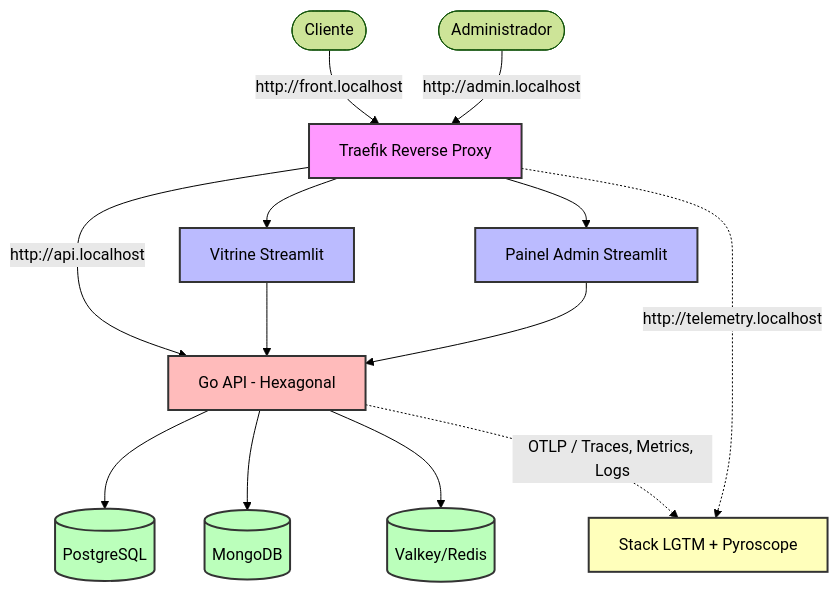
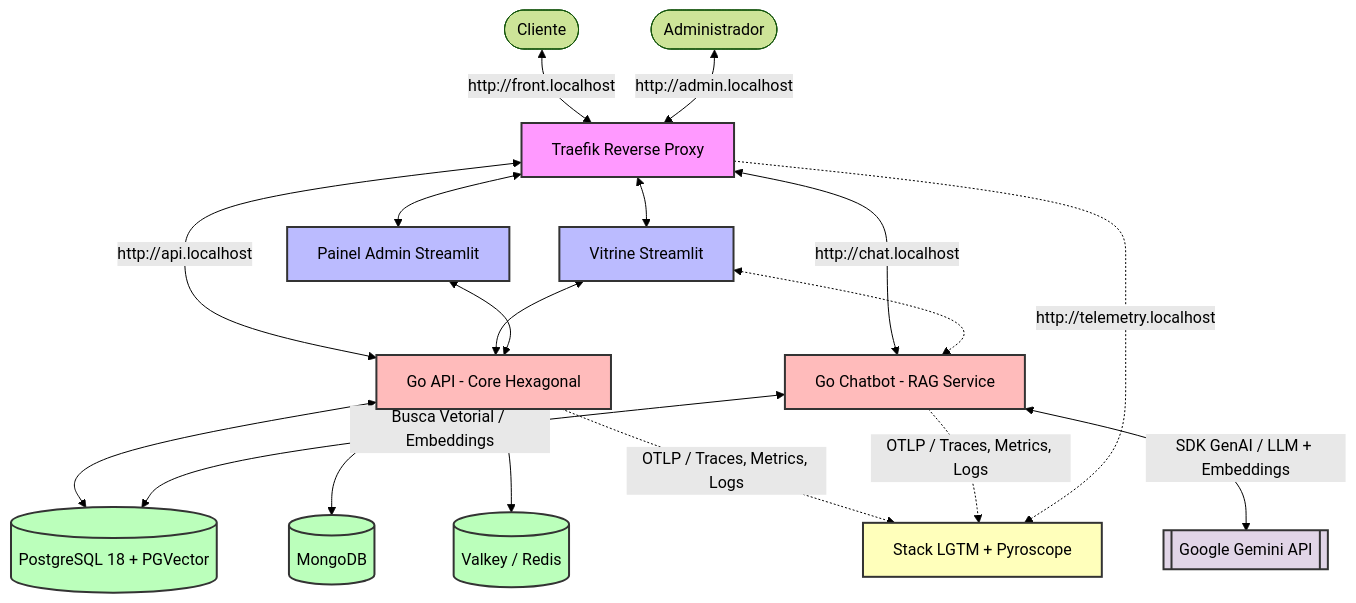
One commit to alvarolucio2007/BazaarGo changed the diagram in README.md. Above: the diagram before and after it, drawn with Mermaid (forest theme). The commit also changed other lines of this file, not shown here.

````diff
--- a/README.md
+++ b/README.md
@@ -91,41 +100,50 @@
 ```mermaid
 flowchart TD
     %% Atores
     User([Cliente])
     Admin([Administrador])
 
     %% Proxy e Roteamento
-    User -->|http://front.localhost| Traefik[Traefik Reverse Proxy]
-    Admin -->|http://admin.localhost| Traefik
+    User <-->|http://front.localhost| Traefik[Traefik Reverse Proxy]
+    Admin <-->|http://admin.localhost| Traefik
     
     %% Frontends
-    Traefik --> Vitrine[Vitrine Streamlit]
-    Traefik --> AdminPanel[Painel Admin Streamlit]
+    Traefik <--> Vitrine[Vitrine Streamlit]
+    Traefik <--> AdminPanel[Painel Admin Streamlit]
     
-    %% Backend
-    Traefik -->|http://api.localhost| API[Go API - Hexagonal]
-    Vitrine --> API
-    AdminPanel --> API
+    %% Backends
+    Traefik <-->|http://api.localhost| API[Go API - Core Hexagonal]
+    Traefik <-->|http://chat.localhost| ChatSvc[Go Chatbot - RAG Service]
+    Vitrine <--> API
+    Vitrine <-.-> ChatSvc
+    AdminPanel <--> API
 
-    %% Bancos de Dados (Persistência Poliglota)
-    API --> PG[(PostgreSQL)]
-    API --> Mongo[(MongoDB)]
-    API --> Valkey[(Valkey/Redis)]
+    %% Bancos de Dados (Persistência Poliglota + Vetorial)
+    API <--> PG[(PostgreSQL 18 + PGVector)]
+    API <--> Mongo[(MongoDB)]
+    API <--> Valkey[(Valkey / Redis)]
+    ChatSvc <-->|Busca Vetorial / Embeddings| PG
+
+    %% Serviços Externos (IA)
+    ChatSvc <-->|SDK GenAI / LLM + Embeddings| Gemini[[Google Gemini API]]
 
     %% Observabilidade
     API -.->|OTLP / Traces, Metrics, Logs| Telemetry[Stack LGTM + Pyroscope]
+    ChatSvc -.->|OTLP / Traces, Metrics, Logs| Telemetry
     Traefik -.->|http://telemetry.localhost| Telemetry
 
     %% Estilização
     classDef proxy fill:#f9f,stroke:#333,stroke-width:2px,color:#000;
     classDef frontend fill:#bbf,stroke:#333,stroke-width:2px,color:#000;
     classDef backend fill:#fbb,stroke:#333,stroke-width:2px,color:#000;
     classDef database fill:#bfb,stroke:#333,stroke-width:2px,color:#000;
     classDef obs fill:#ffb,stroke:#333,stroke-width:2px,color:#000;
+    classDef external fill:#e1d5e7,stroke:#333,stroke-width:2px,color:#000;
     
     class Traefik proxy;
     class Vitrine,AdminPanel frontend;
-    class API backend;
+    class API,ChatSvc backend;
     class PG,Mongo,Valkey database;
     class Telemetry obs;
+    class Gemini external;
 ```
````
